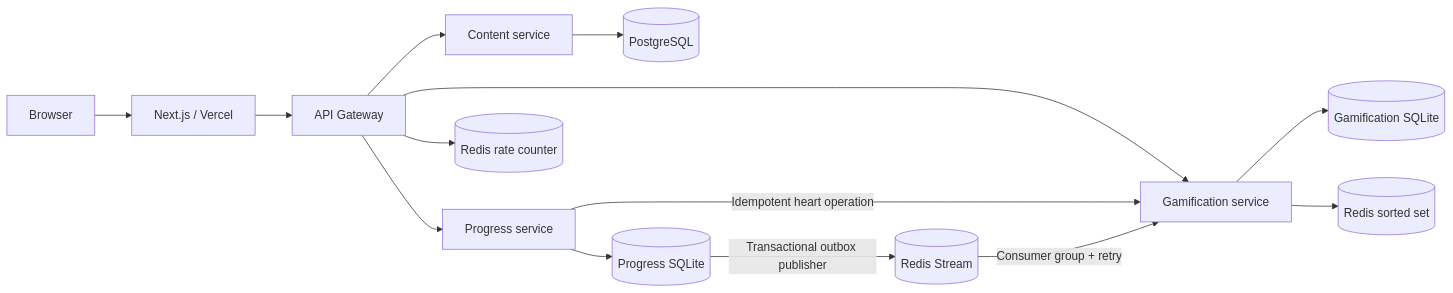
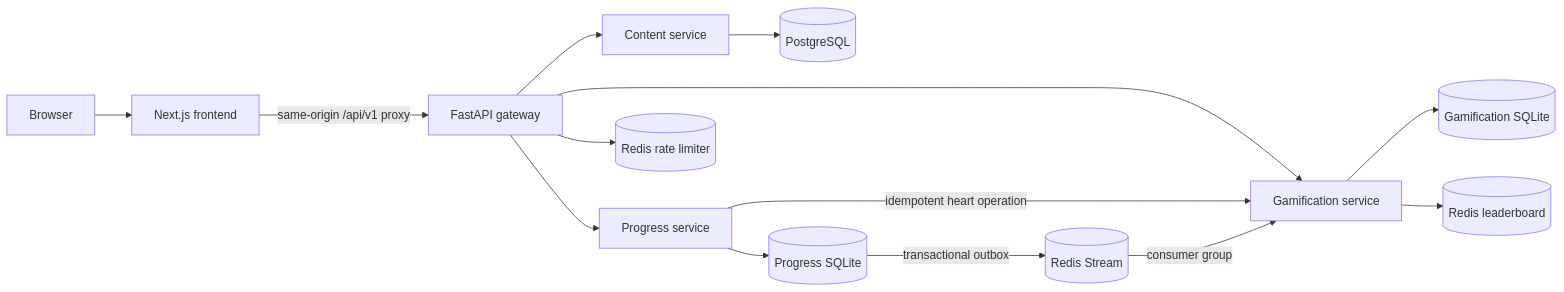
Before and after one commit to Vyoum/Duolingo_clone: the first of 3 diagrams in README.md, drawn with Mermaid. The commit also changed other lines of this file and 8 other files, not shown here.

````diff
--- a/README.md
+++ b/README.md
@@ -49,16 +40,16 @@
 ```mermaid
 flowchart LR
-  Browser --> Next[Next.js / Vercel]
-  Next --> Gateway[API Gateway]
+  Browser[Browser] --> Next[Next.js frontend]
+  Next -->|same-origin /api/v1 proxy| Gateway[FastAPI gateway]
   Gateway --> Content[Content service]
   Gateway --> Progress[Progress service]
   Gateway --> Game[Gamification service]
   Content --> PG[(PostgreSQL)]
   Progress --> PDB[(Progress SQLite)]
-  Progress -->|Idempotent heart operation| Game
-  PDB -->|Transactional outbox publisher| Stream[(Redis Stream)]
-  Stream -->|Consumer group + retry| Game
+  Progress -->|idempotent heart operation| Game
+  PDB -->|transactional outbox| Stream[(Redis Stream)]
+  Stream -->|consumer group| Game
   Game --> GDB[(Gamification SQLite)]
-  Game --> Board[(Redis sorted set)]
-  Gateway --> Rate[(Redis rate counter)]
+  Game --> Board[(Redis leaderboard)]
+  Gateway --> Rate[(Redis rate limiter)]
 ```
````
